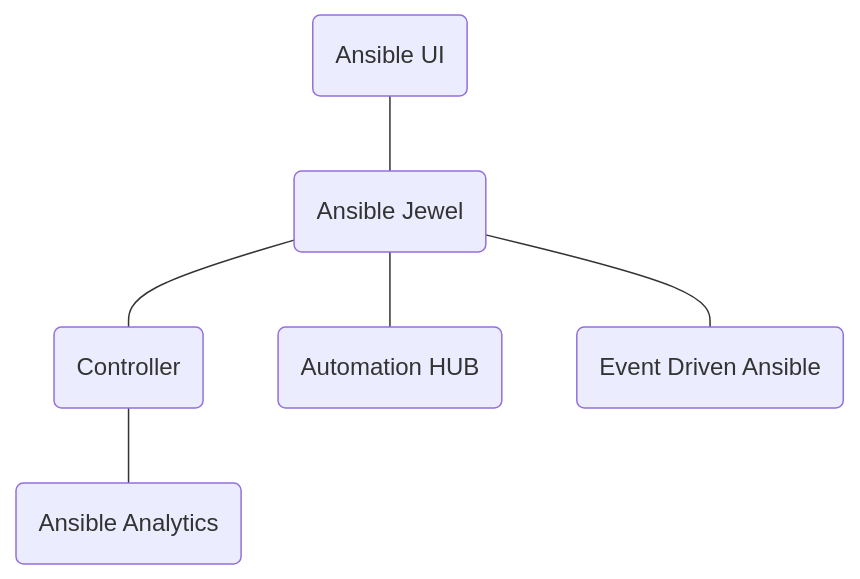
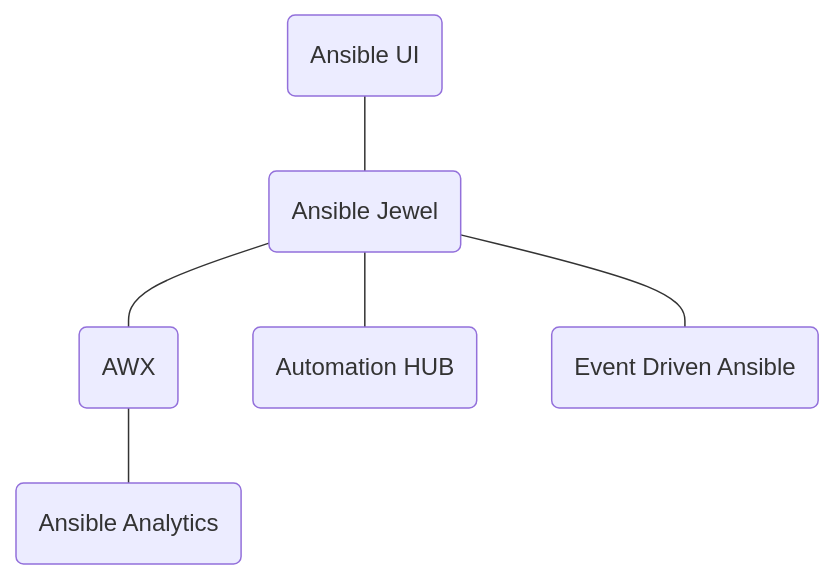
One commit to ansible/ansible-ui changed the diagram in platform/README.md. Above: the diagram before and after it, drawn with Mermaid. The commit also changed 3 other files, not shown here.

````diff
--- a/platform/README.md
+++ b/platform/README.md
@@ -5,8 +5,8 @@
 ```mermaid
 flowchart TD
    ui(Ansible UI) --- platform(Ansible Jewel)
-   platform --- awx(Controller)
+   platform --- awx(AWX)
    platform --- hub(Automation HUB)
    platform --- eda(Event Driven Ansible)
    awx --- aa(Ansible Analytics)
 ```
````
